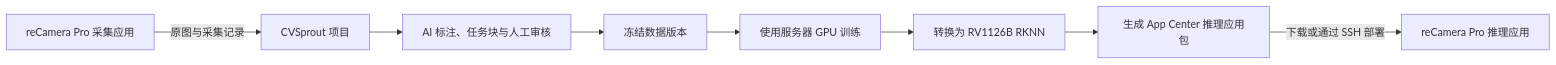
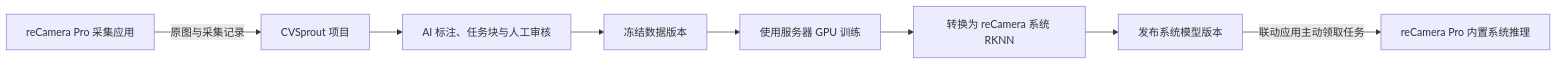
One commit to mjq2020/CVSprout changed the diagram in docs/recamera-pro.md. Above: the diagram before and after it, drawn with Mermaid. The commit also changed other lines of this file and 38 other files, not shown here.

````diff
--- a/docs/recamera-pro.md
+++ b/docs/recamera-pro.md
@@ -5,10 +5,10 @@
 ```mermaid
 flowchart LR
   Capture[reCamera Pro 采集应用] -->|原图与采集记录| Project[CVSprout 项目]
   Project --> Review[AI 标注、任务块与人工审核]
   Review --> Dataset[冻结数据版本]
   Dataset --> Training[使用服务器 GPU 训练]
-  Training --> RKNN[转换为 RV1126B RKNN]
-  RKNN --> Package[生成 App Center 推理应用包]
-  Package -->|下载或通过 SSH 部署| Inference[reCamera Pro 推理应用]
+  Training --> RKNN[转换为 reCamera 系统 RKNN]
+  RKNN --> Release[发布系统模型版本]
+  Release -->|联动应用主动领取任务| Inference[reCamera Pro 内置系统推理]
 ```
````
